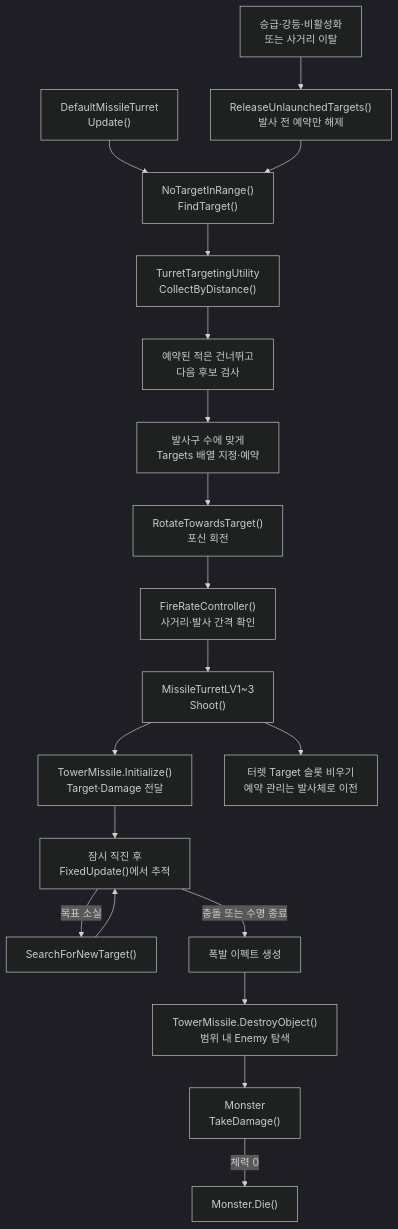
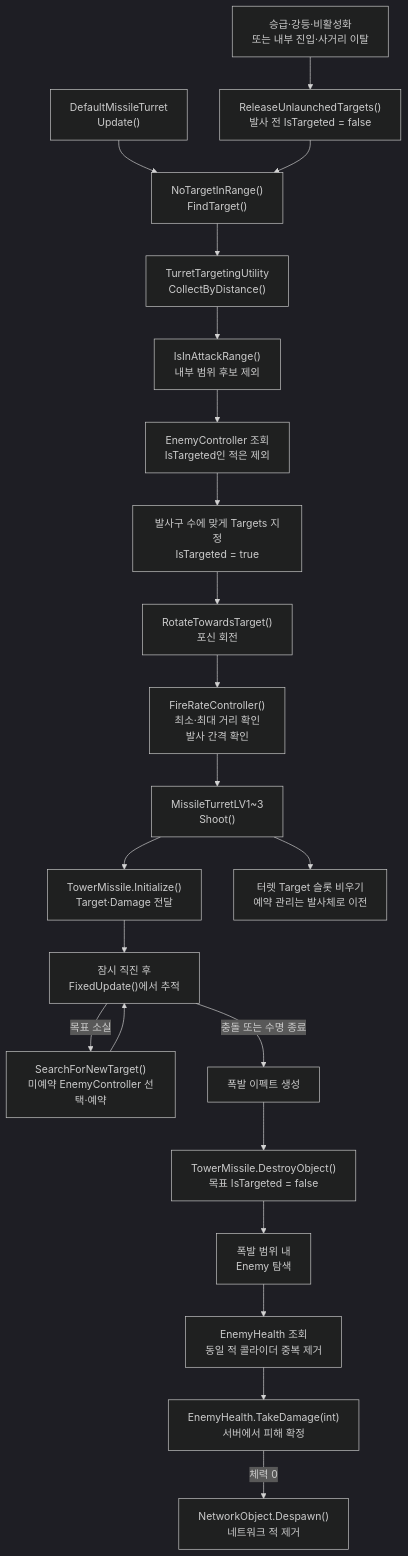
Before and after one commit to Team-HJD-21/unity-6-the-developer: the ninth of 15 diagrams in Docs/architecture/turret-system-guide.md, drawn with Mermaid (dark theme). The commit also changed other lines of this file and 241 other files, not shown here.

````diff
--- a/Docs/architecture/turret-system-guide.md
+++ b/Docs/architecture/turret-system-guide.md
@@ -301,21 +401,24 @@
 ```mermaid
 flowchart TD
     Update["DefaultMissileTurret<br>Update()"] --> Search["NoTargetInRange()<br>FindTarget()"]
     Search --> Collect["TurretTargetingUtility<br>CollectByDistance()"]
-    Collect --> Filter["예약된 적은 건너뛰고<br>다음 후보 검사"]
-    Filter --> Targets["발사구 수에 맞게<br>Targets 배열 지정·예약"]
+    Collect --> RangeCheck["IsInAttackRange()<br>내부 범위 후보 제외"]
+    RangeCheck --> Filter["EnemyController 조회<br>IsTargeted인 적은 제외"]
+    Filter --> Targets["발사구 수에 맞게 Targets 지정<br>IsTargeted = true"]
     Targets --> Rotate["RotateTowardsTarget()<br>포신 회전"]
-    Rotate --> Fire["FireRateController()<br>사거리·발사 간격 확인"]
+    Rotate --> Fire["FireRateController()<br>최소·최대 거리 확인<br>발사 간격 확인"]
     Fire --> Shoot["MissileTurretLV1~3<br>Shoot()"]
     Shoot --> Init["TowerMissile.Initialize()<br>Target·Damage 전달"]
     Shoot --> Transfer["터렛 Target 슬롯 비우기<br>예약 관리는 발사체로 이전"]
-    Change["승급·강등·비활성화<br>또는 사거리 이탈"] --> Release["ReleaseUnlaunchedTargets()<br>발사 전 예약만 해제"]
+    Change["승급·강등·비활성화<br>또는 내부 진입·사거리 이탈"] --> Release["ReleaseUnlaunchedTargets()<br>발사 전 IsTargeted = false"]
     Release --> Search
     Init --> Straight["잠시 직진 후<br>FixedUpdate()에서 추적"]
-    Straight -->|목표 소실| Retarget["SearchForNewTarget()"]
+    Straight -->|목표 소실| Retarget["SearchForNewTarget()<br>미예약 EnemyController 선택·예약"]
     Retarget --> Straight
     Straight -->|충돌 또는 수명 종료| Explosion["폭발 이펙트 생성"]
-    Explosion --> Area["TowerMissile.DestroyObject()<br>범위 내 Enemy 탐색"]
-    Area --> Damage["Monster<br>TakeDamage()"]
-    Damage -->|체력 0| Die["Monster.Die()"]
+    Explosion --> Unreserve["TowerMissile.DestroyObject()<br>목표 IsTargeted = false"]
+    Unreserve --> Area["폭발 범위 내<br>Enemy 탐색"]
+    Area --> Health["EnemyHealth 조회<br>동일 적 콜라이더 중복 제거"]
+    Health --> Damage["EnemyHealth.TakeDamage(int)<br>서버에서 피해 확정"]
+    Damage -->|체력 0| Die["NetworkObject.Despawn()<br>네트워크 적 제거"]
 ```
````
